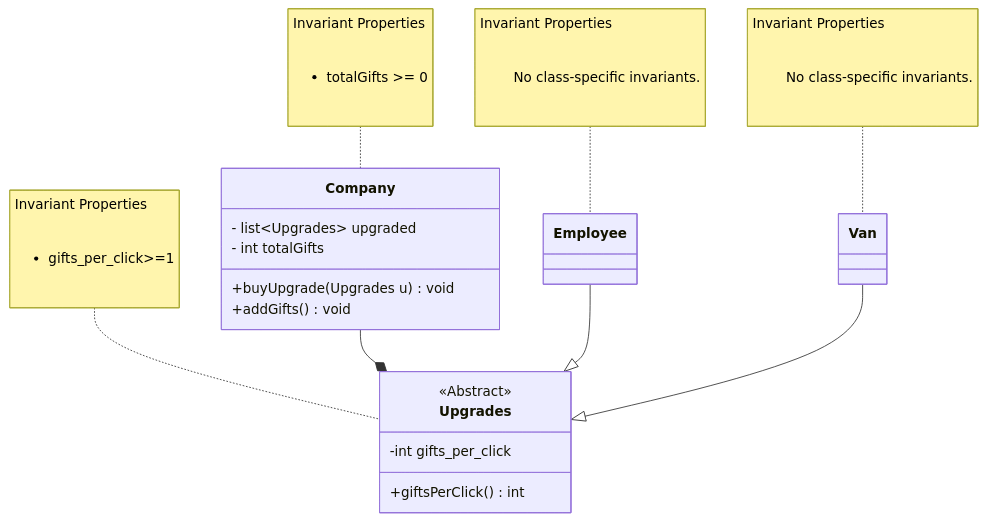
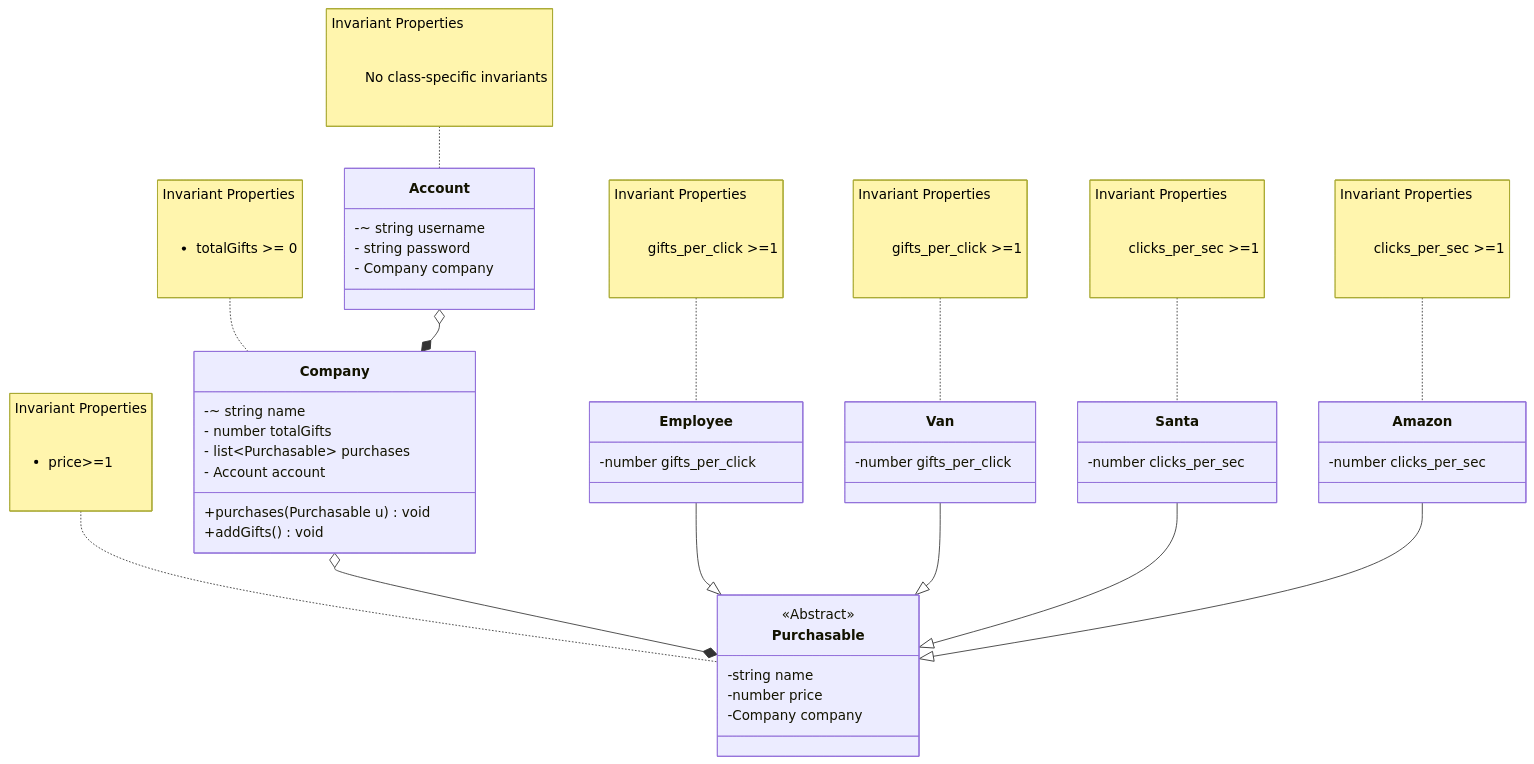
Before and after one commit to umangmehta0007/Clicker: the diagram in domain.md, drawn with Mermaid. The commit also changed 6 other files, not shown here.

````diff
--- a/domain.md
+++ b/domain.md
@@ -9,5 +9,17 @@
 ```mermaid
 classDiagram
+
+
+    note for Account "Invariant Properties
+             <ul> 
+                No class-specific invariants
+            </ul>
+        "
+    class Account{
+        -~ string username
+        - string password
+        - Company company
+    }
         
         note for Company "Invariant Properties
              <ul> 
@@ -16,42 +28,69 @@
         "
     
     class Company{
-        - list~Upgrades~ upgraded
-        - int totalGifts
+        -~ string name
+        - number totalGifts
+        - list~Purchasable~ purchases
+        - Account account
         
-        +buyUpgrade(Upgrades u) void
+        +purchases(Purchasable u) void
         +addGifts() void 
         
     }
-    note for Upgrades "Invariant Properties
+    note for Purchasable "Invariant Properties
              <ul> 
-                <li>gifts_per_click>=1
+                <li>price>=1
             </ul>
         "
         
-    class Upgrades{
+    class Purchasable{
         <<Abstract>>
         
-        -int gifts_per_click         
-        +giftsPerClick() int
+        -string name
+        -number price
+        -Company company
     }
 
     note for Employee "Invariant Properties
              <ul> 
-                  No class-specific invariants. 
+                  gifts_per_click >=1 
             </ul>
         "
     class Employee{
+        -number gifts_per_click 
     }
     note for Van "Invariant Properties
              <ul> 
-                No class-specific invariants. 
+                  gifts_per_click >=1 
             </ul>
         "
     class Van{
+        -number gifts_per_click
+    }
+
+    note for Santa "Invariant Properties
+             <ul> 
+                  clicks_per_sec >=1 
+            </ul>
+        "
+    class Santa{
+        -number clicks_per_sec
+    }
+    note for Amazon "Invariant Properties
+             <ul> 
+                  clicks_per_sec >=1 
+            </ul>
+        "
+    class Amazon{
+        -number clicks_per_sec
     }
     
-    Company--* Upgrades
-    Employee--|>Upgrades
-    Van--|>Upgrades
+    Account o--* Company
+    Company o--* Purchasable
+    
+    Employee--|>Purchasable
+    Van--|>Purchasable
+    Santa--|>Purchasable
+    Amazon--|>Purchasable
+    
 ```
````
